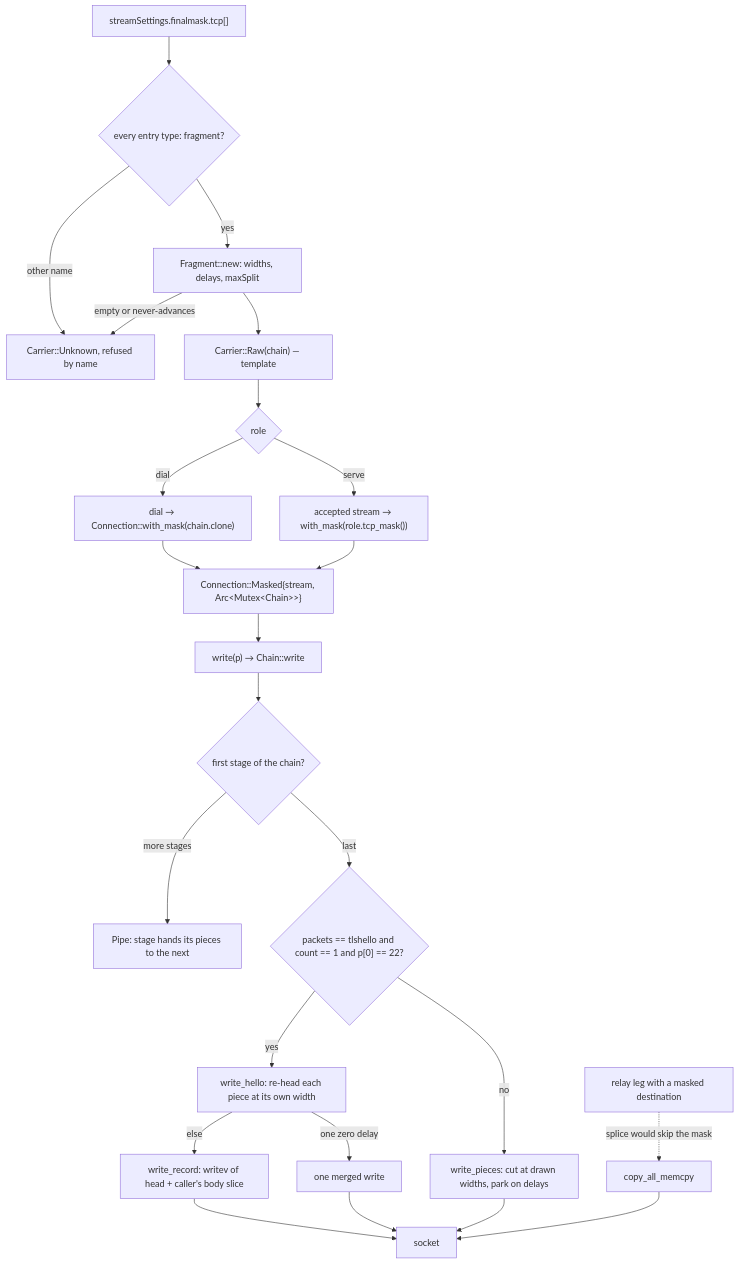
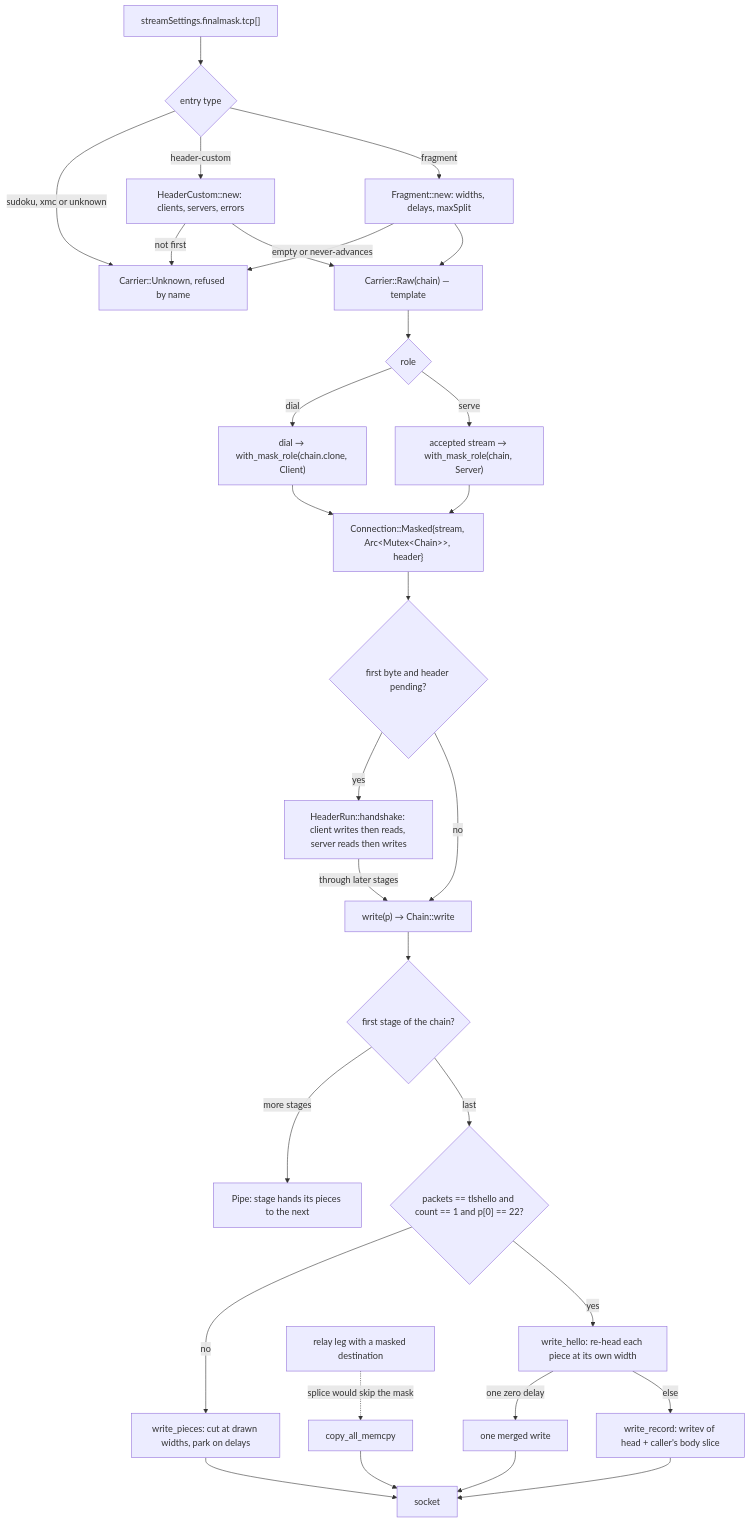
One commit to Ferrocite/ferrox changed the diagram in docs/function/finalmask.md. Above: the diagram before and after it, drawn with Mermaid. The commit also changed other lines of this file and 7 other files, not shown here.

Commit message:
finalmask: run a header-custom handshake before the session

````diff
--- a/docs/function/finalmask.md
+++ b/docs/function/finalmask.md
@@ -15,26 +17,32 @@
 ```mermaid
 graph TD
-    C["streamSettings.finalmask.tcp[]"] --> R{"every entry type: fragment?"}
-    R -- other name --> U["Carrier::Unknown, refused by name"]
-    R -- yes --> F["Fragment::new: widths, delays, maxSplit"]
+    C["streamSettings.finalmask.tcp[]"] --> R{"entry type"}
+    R -- "sudoku, xmc or unknown" --> U["Carrier::Unknown, refused by name"]
+    R -- "header-custom" --> HC["HeaderCustom::new: clients, servers, errors"]
+    HC -- "not first" --> U
+    R -- "fragment" --> F["Fragment::new: widths, delays, maxSplit"]
     F -- empty or never-advances --> U
     F --> T["Carrier::Raw(chain) — template"]
+    HC --> T
     T --> D{"role"}
-    D -- dial --> W1["dial → Connection::with_mask(chain.clone)"]
-    D -- serve --> W2["accepted stream → with_mask(role.tcp_mask())"]
-    W1 --> M["Connection::Masked{stream, Arc&lt;Mutex&lt;Chain&gt;&gt;}"]
+    D -- dial --> W1["dial → with_mask_role(chain.clone, Client)"]
+    D -- serve --> W2["accepted stream → with_mask_role(chain, Server)"]
+    W1 --> M["Connection::Masked{stream, Arc&lt;Mutex&lt;Chain&gt;&gt;, header}"]
     W2 --> M
-    M --> S["write(p) → Chain::write"]
+    M --> H0{"first byte and header pending?"}
+    H0 -- yes --> HR["HeaderRun::handshake: client writes then reads, server reads then writes"]
+    HR -- "through later stages" --> S
+    H0 -- no --> S["write(p) → Chain::write"]
     S --> G{"first stage of the chain?"}
     G -- more stages --> P["Pipe: stage hands its pieces to the next"]
     G -- last --> H{"packets == tlshello and count == 1 and p[0] == 22?"}
     H -- no --> B["write_pieces: cut at drawn widths, park on delays"]
     H -- yes --> E["write_hello: re-head each piece at its own width"]
     E -- one zero delay --> MG["one merged write"]
     E -- else --> VR["write_record: writev of head + caller's body slice"]
     VR --> K["socket"]
     MG --> K
     B --> K
     K2["relay leg with a masked destination"] -. "splice would skip the mask" .-> MC["copy_all_memcpy"]
     MC --> K
 ```
````
